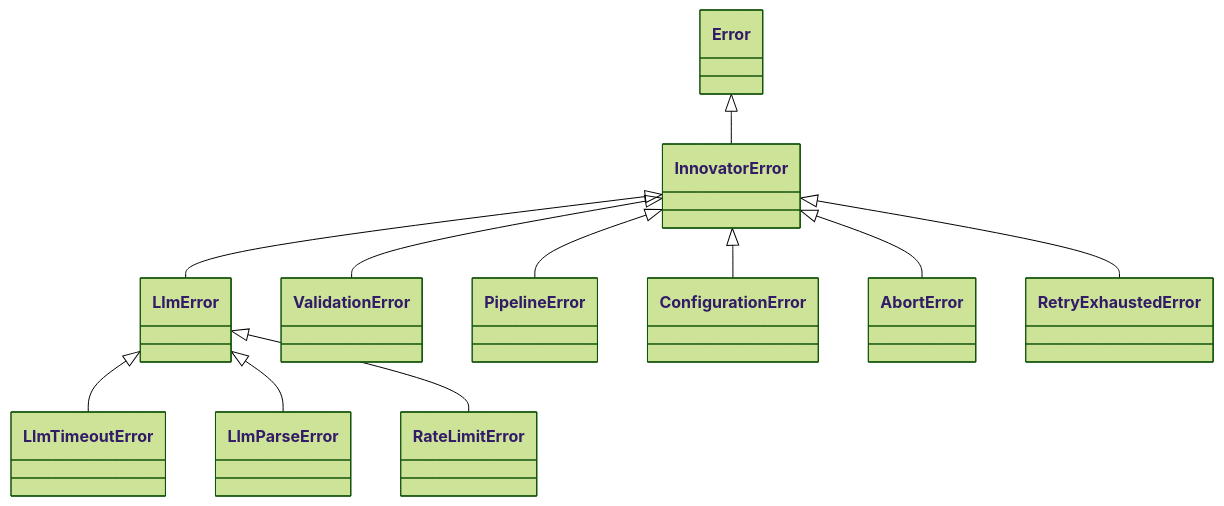
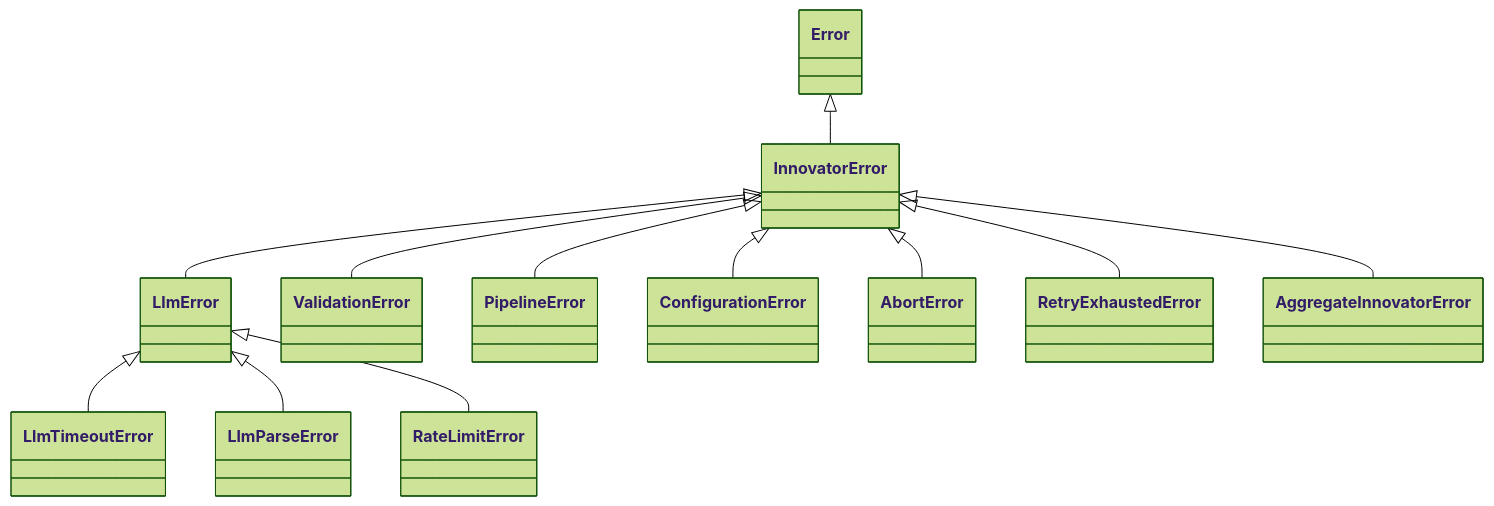
One commit to josedab/innovator changed the diagram in docs/API.md. Above: the diagram before and after it, drawn with Mermaid (forest theme). The commit also changed other lines of this file and 2 other files, not shown here.

````diff
--- a/docs/API.md
+++ b/docs/API.md
@@ -540,13 +546,14 @@
 ```mermaid
 classDiagram
     Error <|-- InnovatorError
     InnovatorError <|-- LlmError
     InnovatorError <|-- ValidationError
     InnovatorError <|-- PipelineError
     InnovatorError <|-- ConfigurationError
     InnovatorError <|-- AbortError
     InnovatorError <|-- RetryExhaustedError
+    InnovatorError <|-- AggregateInnovatorError
     LlmError <|-- LlmTimeoutError
     LlmError <|-- LlmParseError
     LlmError <|-- RateLimitError
 ```
````
